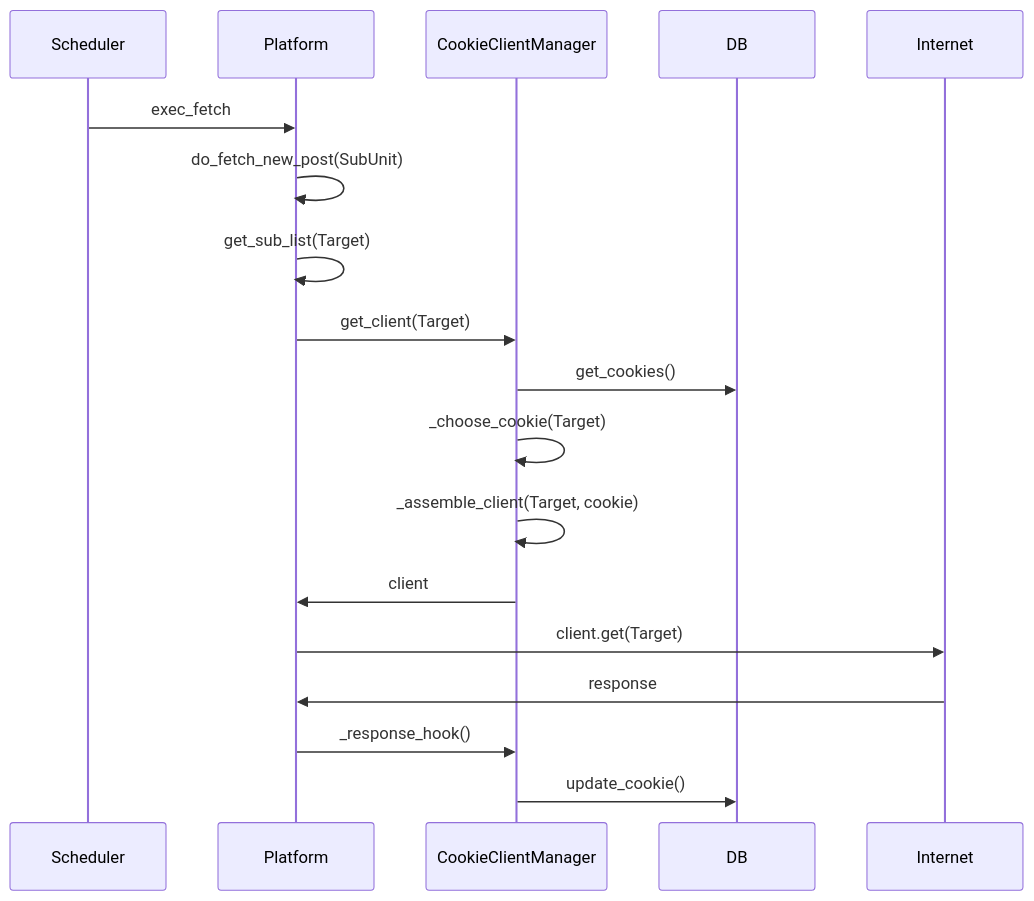
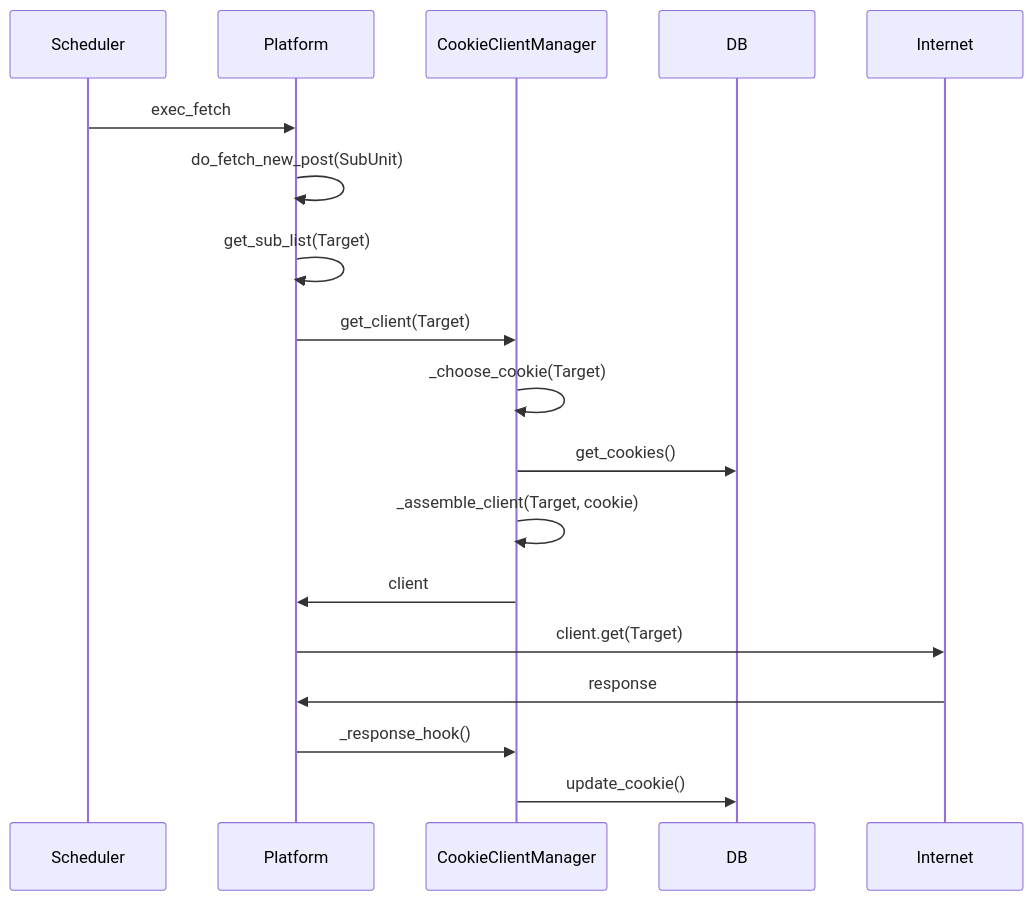
Before and after one commit to MountainDash/nonebot-bison: the diagram in docs/dev/cookie.md, drawn with Mermaid. The commit also changed other lines of this file, not shown here.

Commit message:
:memo: 关于 Cookie 的开发指南

````diff
--- a/docs/dev/cookie.md
+++ b/docs/dev/cookie.md
@@ -70,22 +70,22 @@
 ```mermaid
 sequenceDiagram
     participant Scheduler
     participant Platform
     participant CookieClientManager
     participant DB
     participant Internet
 
     Scheduler->>Platform: exec_fetch
     Platform->>Platform: do_fetch_new_post(SubUnit)
     Platform->>Platform: get_sub_list(Target)
     Platform->>CookieClientManager: get_client(Target)
+    CookieClientManager->>CookieClientManager: _choose_cookie(Target)
     CookieClientManager->>DB: get_cookies()
-    CookieClientManager->>CookieClientManager: _choose_cookie(Target)
     CookieClientManager->>CookieClientManager: _assemble_client(Target, cookie)
     CookieClientManager->>Platform: client
     Platform->>Internet: client.get(Target)
     Internet->>Platform: response
     Platform->>CookieClientManager: _response_hook()
     CookieClientManager->>DB: update_cookie()
 
 ```
````
